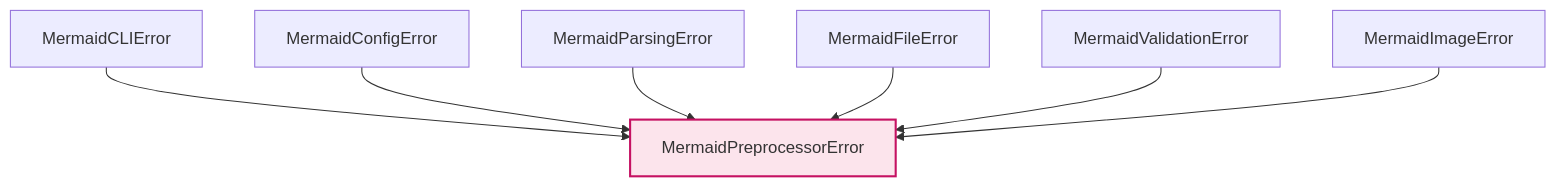
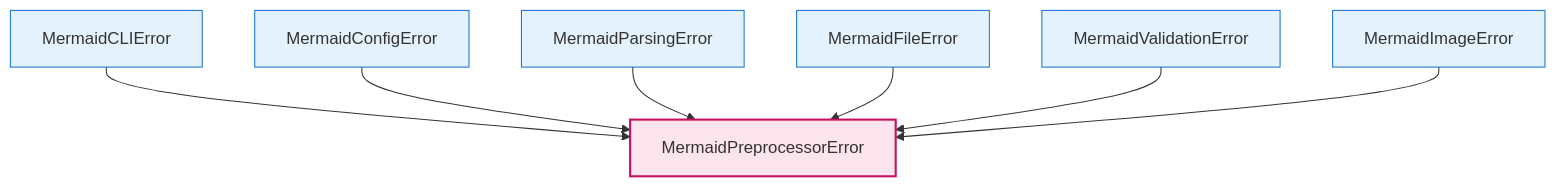
The seventh of 7 diagrams in docs/architecture.md (nuitsjp/mkdocs-mermaid-to-svg), drawn with Mermaid before and after one commit. The commit also changed other lines of this file and 1 other file, not shown here.

First line of the commit message:
docs: READMEとarchitecture.mdを全面改訂し、英語化・最新設計・利用例・PDF対応・設定例を充実化

````diff
--- a/docs/architecture.md
+++ b/docs/architecture.md
@@ -421,12 +460,18 @@
 ```mermaid
 graph TD
     A[MermaidPreprocessorError]
     B[MermaidCLIError] --> A
     C[MermaidConfigError] --> A
     D[MermaidParsingError] --> A
     E[MermaidFileError] --> A
     F[MermaidValidationError] --> A
     G[MermaidImageError] --> A
 
     style A fill:#fce4ec,stroke:#c51162,stroke-width:2px
+    style B fill:#e3f2fd,stroke:#1976d2,stroke-width:1px
+    style C fill:#e3f2fd,stroke:#1976d2,stroke-width:1px
+    style D fill:#e3f2fd,stroke:#1976d2,stroke-width:1px
+    style E fill:#e3f2fd,stroke:#1976d2,stroke-width:1px
+    style F fill:#e3f2fd,stroke:#1976d2,stroke-width:1px
+    style G fill:#e3f2fd,stroke:#1976d2,stroke-width:1px
 ```
````
